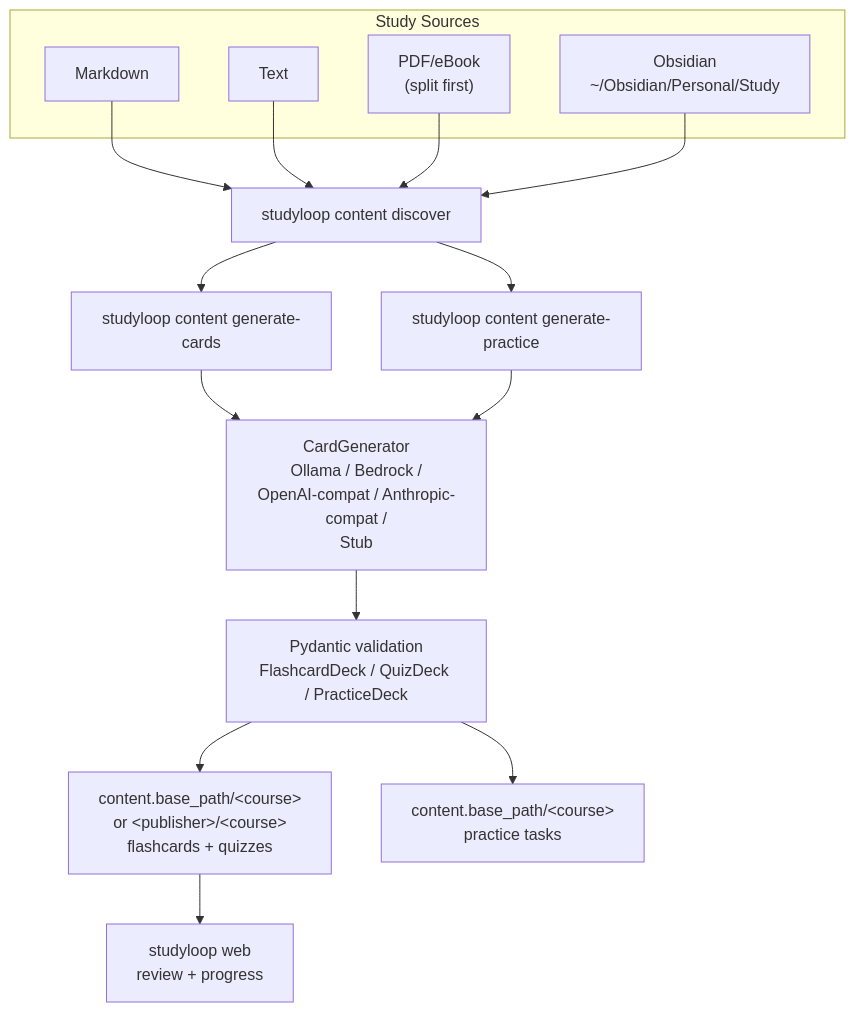
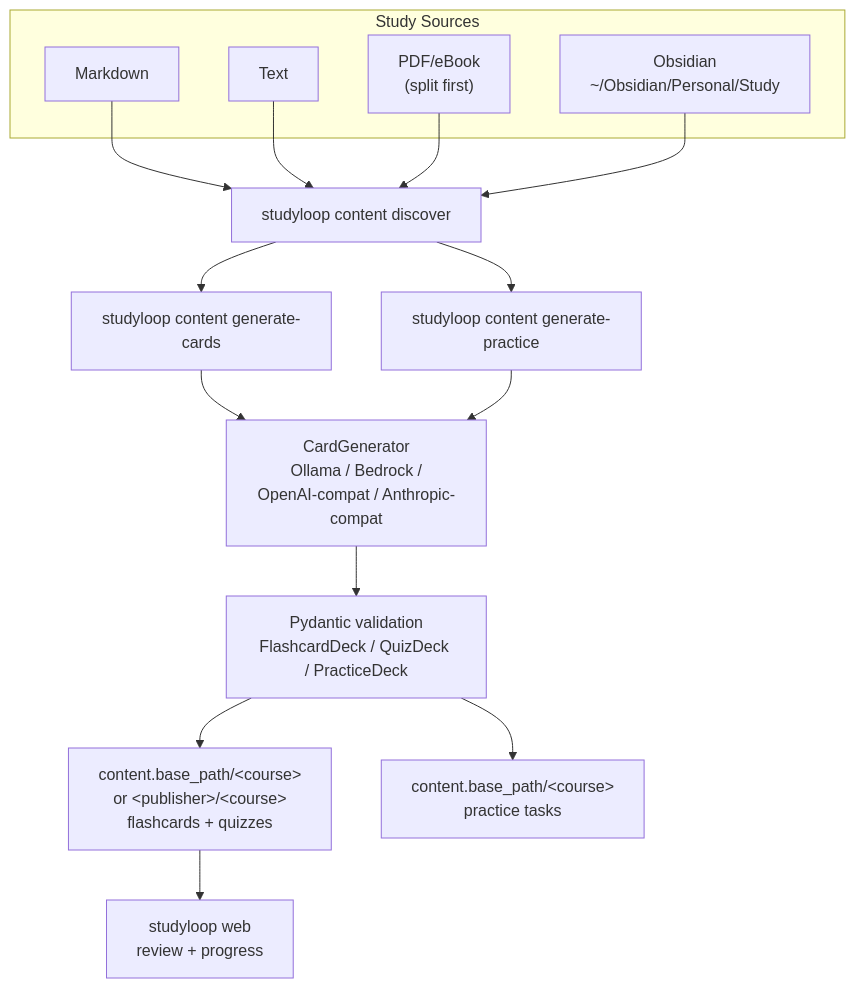
Before and after one commit to NetDevAutomate/StudyLoop: the first of 3 diagrams in docs/content-pipeline.md, drawn with Mermaid. The commit also changed other lines of this file and 26 other files, not shown here.

````diff
--- a/docs/content-pipeline.md
+++ b/docs/content-pipeline.md
@@ -17,31 +17,31 @@
 ```mermaid
 flowchart TB
     subgraph Sources["Study Sources"]
         MD["Markdown"]
         TXT["Text"]
         PDF["PDF/eBook<br/>(split first)"]
         OBS["Obsidian<br/>~/Obsidian/Personal/Study"]
     end
 
     Discover["studyloop content discover"]
     Generate["studyloop content generate-cards"]
     Practice["studyloop content generate-practice"]
-    Backend["CardGenerator<br/>Ollama / Bedrock /<br/>OpenAI-compat / Anthropic-compat /<br/>Stub"]
+    Backend["CardGenerator<br/>Ollama / Bedrock /<br/>OpenAI-compat / Anthropic-compat"]
     Validate["Pydantic validation<br/>FlashcardDeck / QuizDeck / PracticeDeck"]
     Artefacts["content.base_path/&lt;course&gt;<br/>or &lt;publisher&gt;/&lt;course&gt;<br/>flashcards + quizzes"]
     PracticeArtefacts["content.base_path/&lt;course&gt;<br/>practice tasks"]
     Web["studyloop web<br/>review + progress"]
 
     MD --> Discover
     TXT --> Discover
     PDF --> Discover
     OBS --> Discover
     Discover --> Generate
     Discover --> Practice
     Generate --> Backend
     Practice --> Backend
     Backend --> Validate
     Validate --> Artefacts
     Validate --> PracticeArtefacts
     Artefacts --> Web
 ```
````
